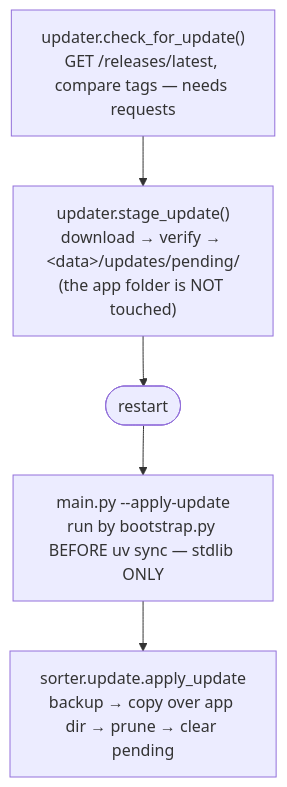
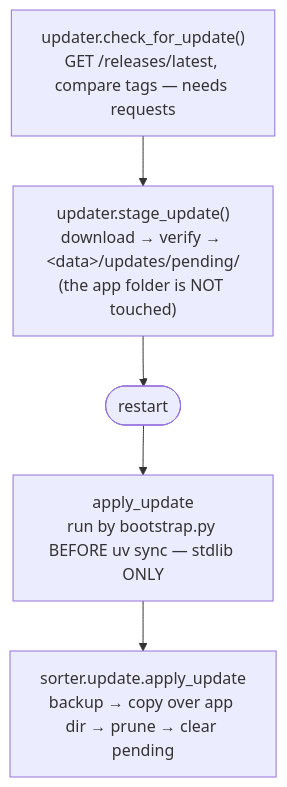
One commit to sjseth/AI-Case-Sorter-Py changed the second of 2 diagrams in CLAUDE.md. Above: the diagram before and after it, drawn with Mermaid. The commit also changed other lines of this file and 12 other files, not shown here.

````diff
--- a/CLAUDE.md
+++ b/CLAUDE.md
@@ -665,10 +672,10 @@
 ```mermaid
 flowchart TD
     A["updater.check_for_update()<br/>GET /releases/latest, compare tags — needs requests"]
     B["updater.stage_update()<br/>download → verify → &lt;data&gt;/updates/pending/<br/>(the app folder is NOT touched)"]
     C(["restart"])
-    D["main.py --apply-update<br/>run by bootstrap.py BEFORE uv sync — stdlib ONLY"]
+    D["apply_update<br/>run by bootstrap.py BEFORE uv sync — stdlib ONLY"]
     E["sorter.update.apply_update<br/>backup → copy over app dir → prune → clear pending"]
 
     A --> B --> C --> D --> E
 ```
````
